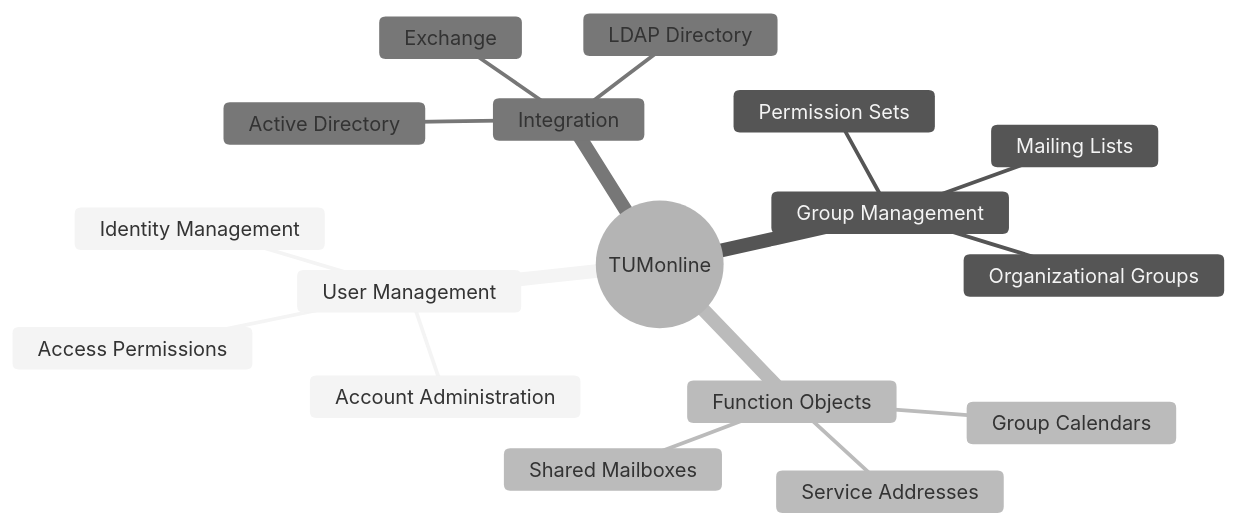
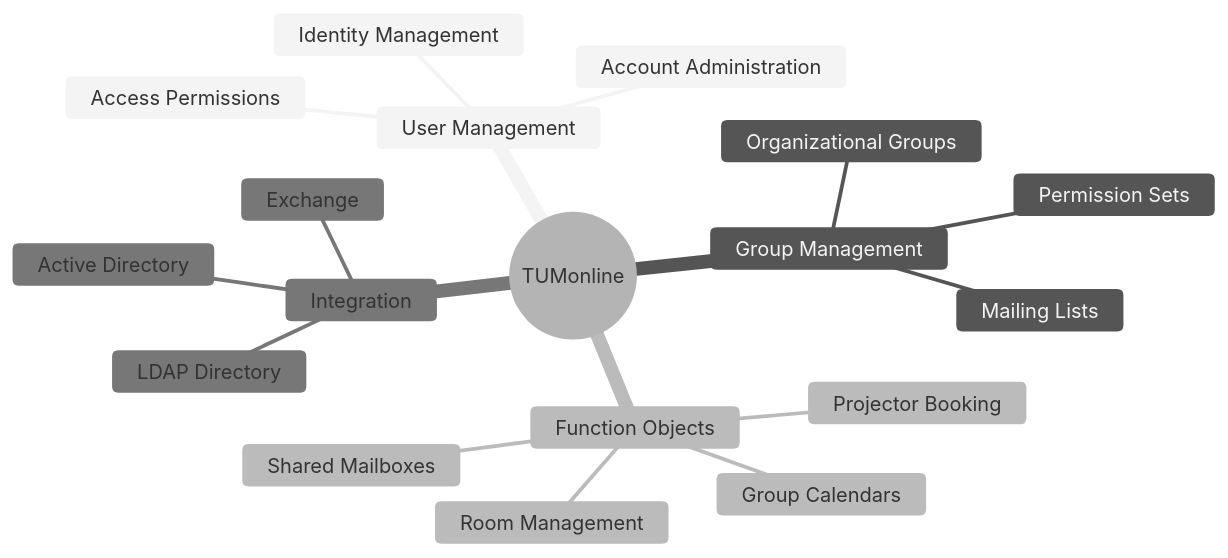
One commit to jtimo/tum-ito-admin-guide changed the first of 7 diagrams in en/chapters/03-user-management.qmd. Above: the diagram before and after it, drawn with Mermaid (neutral theme). The commit also changed other lines of this file and 7 other files, not shown here.

````diff
--- a/en/chapters/03-user-management.qmd
+++ b/en/chapters/03-user-management.qmd
@@ -17,21 +39,22 @@
 ```{mermaid}
 %%| fig-cap: "TUMonline Core Functions for IT Admins"
 mindmap
     root((TUMonline))
         User Management
             Account Administration
             Access Permissions
             Identity Management
         Group Management
             Organizational Groups
             Mailing Lists
             Permission Sets
         Function Objects
             Shared Mailboxes
             Group Calendars
-            Service Addresses
+            Room Management
+            Projector Booking
         Integration
             LDAP Directory
             Active Directory
             Exchange
 ```
````
